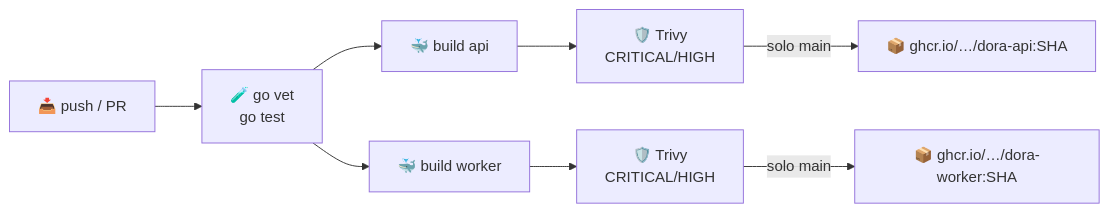
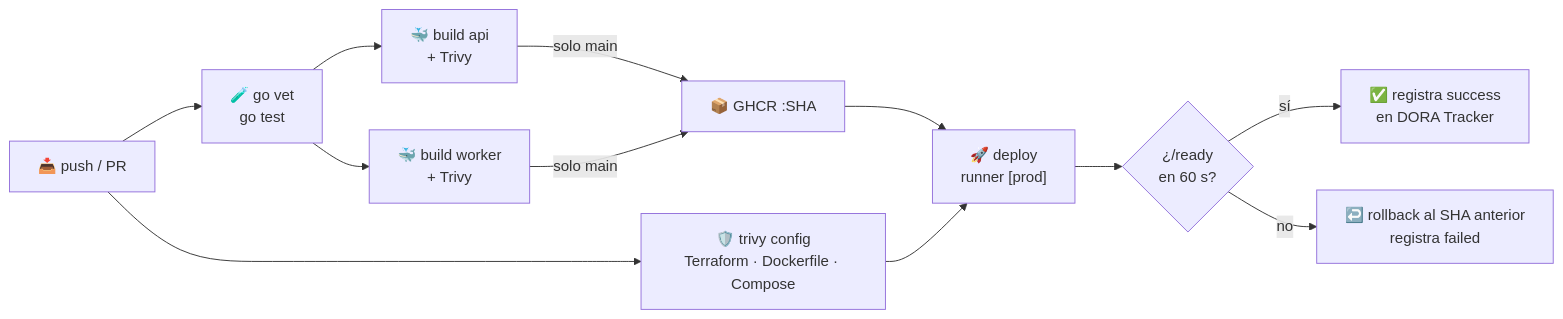
The second of 2 diagrams in README.md (martincitouU/platform), drawn with Mermaid before and after one commit. The commit also changed other lines of this file and 2 other files, not shown here.

````diff
--- a/README.md
+++ b/README.md
@@ -397,10 +102,14 @@
 ```mermaid
 flowchart LR
-    A["📥 push / PR"] --> B["🧪 go vet<br/>go test"]
-    B --> C1["🐳 build api"]
-    B --> C2["🐳 build worker"]
-    C1 --> D1["🛡️ Trivy<br/>CRITICAL/HIGH"]
-    C2 --> D2["🛡️ Trivy<br/>CRITICAL/HIGH"]
-    D1 -- "solo main" --> E1["📦 ghcr.io/…/dora-api:SHA"]
-    D2 -- "solo main" --> E2["📦 ghcr.io/…/dora-worker:SHA"]
+    A["📥 push / PR"] --> T["🧪 go vet<br/>go test"]
+    A --> I["🛡️ trivy config<br/>Terraform · Dockerfile · Compose"]
+    T --> B1["🐳 build api<br/>+ Trivy"]
+    T --> B2["🐳 build worker<br/>+ Trivy"]
+    B1 -- "solo main" --> P["📦 GHCR :SHA"]
+    B2 -- "solo main" --> P
+    P --> D["🚀 deploy<br/>runner [prod]"]
+    I --> D
+    D --> R{"¿/ready<br/>en 60 s?"}
+    R -- "sí" --> OK["✅ registra success<br/>en DORA Tracker"]
+    R -- "no" --> RB["↩️ rollback al SHA anterior<br/>registra failed"]
 ```
````
